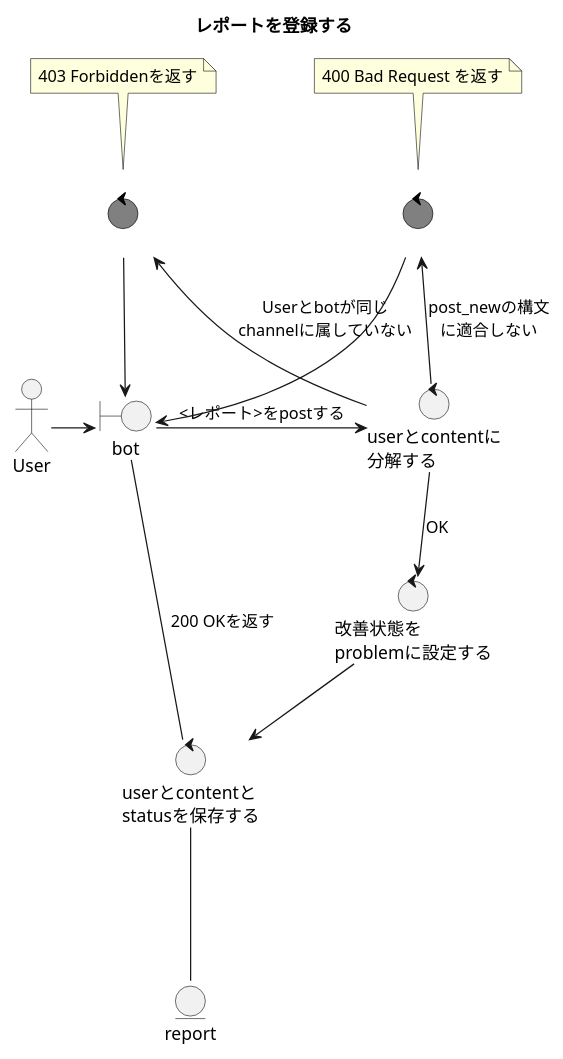
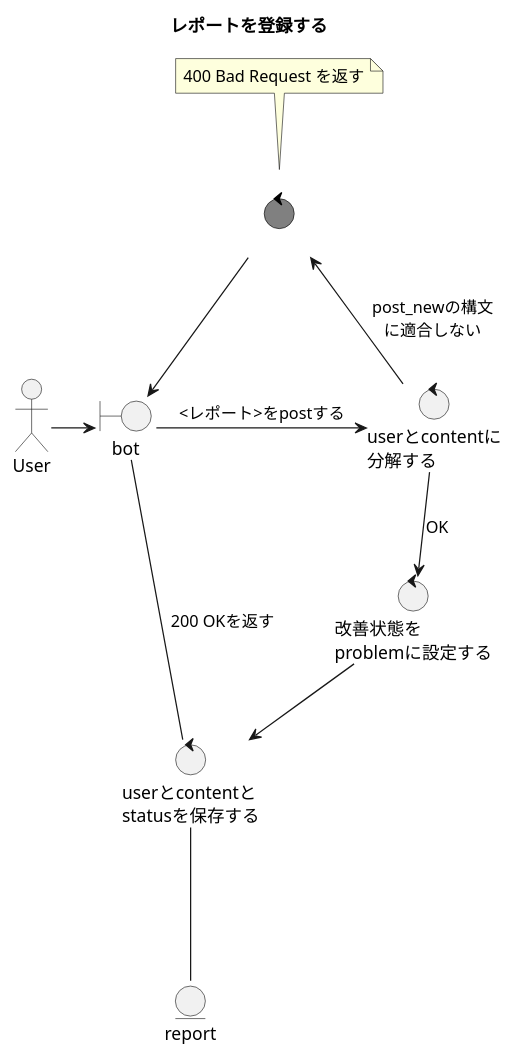
The diagram in 1.design/3.robustnesses/post-report-new.md (ito-masam/kpt-guard.doc), drawn with PlantUML before and after one commit. The commit also changed 15 other files, not shown here.

```diff
--- a/1.design/3.robustnesses/post-report-new.md
+++ b/1.design/3.robustnesses/post-report-new.md
@@ -1,44 +1,37 @@
 @startuml
 
     ' ----------- meta
     title レポートを登録する
 
     skinparam {
       ControlFontColor<<error>> white
       ControlFontName<<error>> Verdana
       ControlBackgroundColor<<error>> gray
       ControlBorderColor<<error>> black
     }
 
     actor User
     boundary bot
     control deassembly as "userとcontentに\n分解する"
     control status_problem as "改善状態を\nproblemに設定する"
     control save as "userとcontentと\nstatusを保存する"
     entity report
 
 
     ' ----------- main
     User -right-> bot
     bot -right-> deassembly : <レポート>をpostする
     deassembly --> status_problem : OK
     status_problem --> save
     save --- report
     save --- bot : 200 OKを返す
 
     ' ----------- alternative
     control error400 <<error>>
     note top of error400
         400 Bad Request を返す
     end note
     deassembly -up-> error400 : post_newの構文\nに適合しない
     error400 --> bot
 
-    control error403 <<error>>
-    note top of error403
-        403 Forbiddenを返す
-    end note
-    deassembly -up->  error403 : Userとbotが同じ\nchannelに属していない
-    error403 --> bot
-
 @enduml
```
